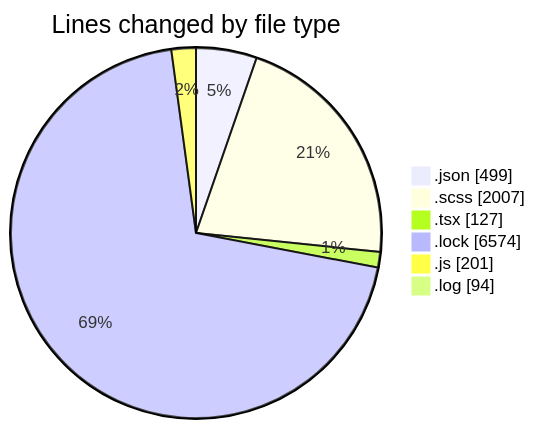
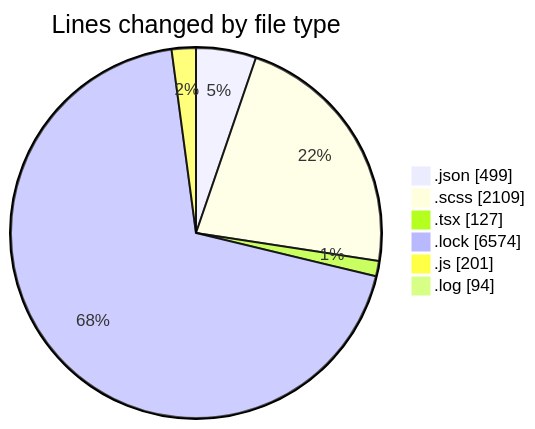
One commit to momahboobian/code-tracking changed the first of 2 diagrams in 2026-08-11/cda/README.md. Above: the diagram before and after it, drawn with Mermaid. The commit also changed other lines of this file and 1 other file, not shown here.

````diff
--- a/2026-08-11/cda/README.md
+++ b/2026-08-11/cda/README.md
@@ -34,10 +35,10 @@
 ```mermaid
 pie showData
 title Lines changed by file type
 ".json" : 499
-".scss" : 2007
+".scss" : 2109
 ".tsx" : 127
 ".lock" : 6574
 ".js" : 201
 ".log" : 94
 ```
````
